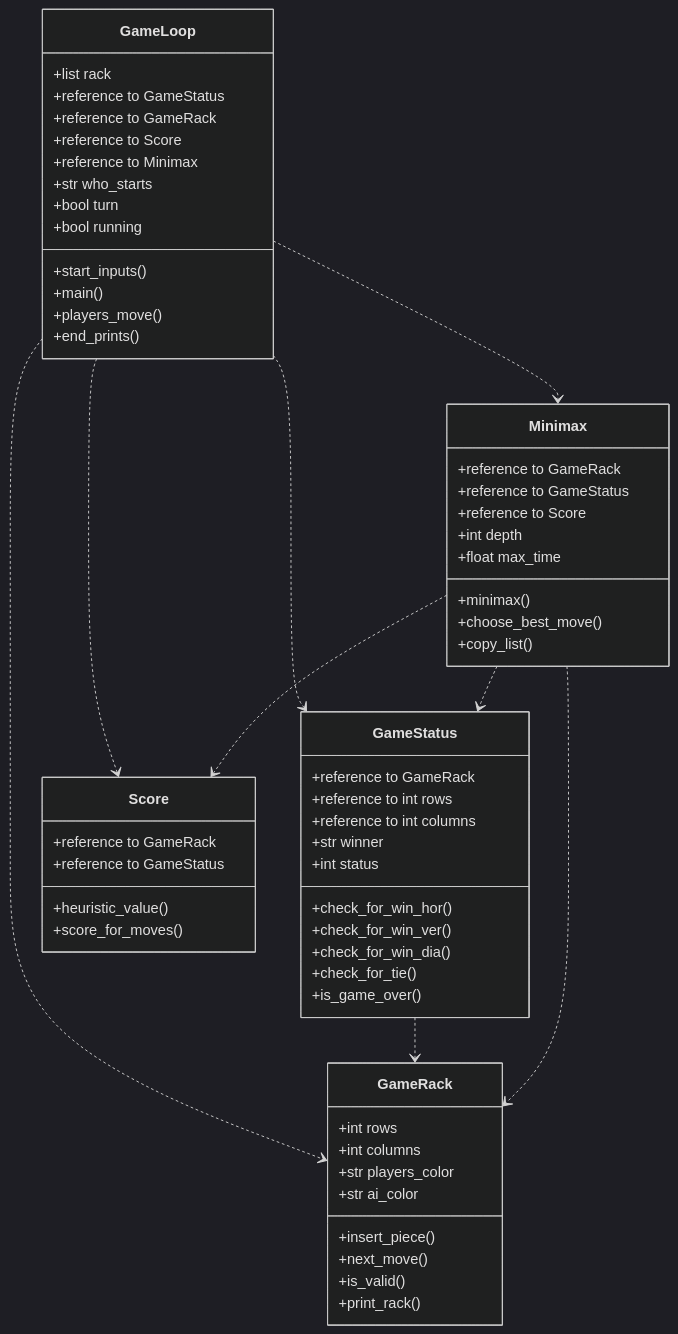
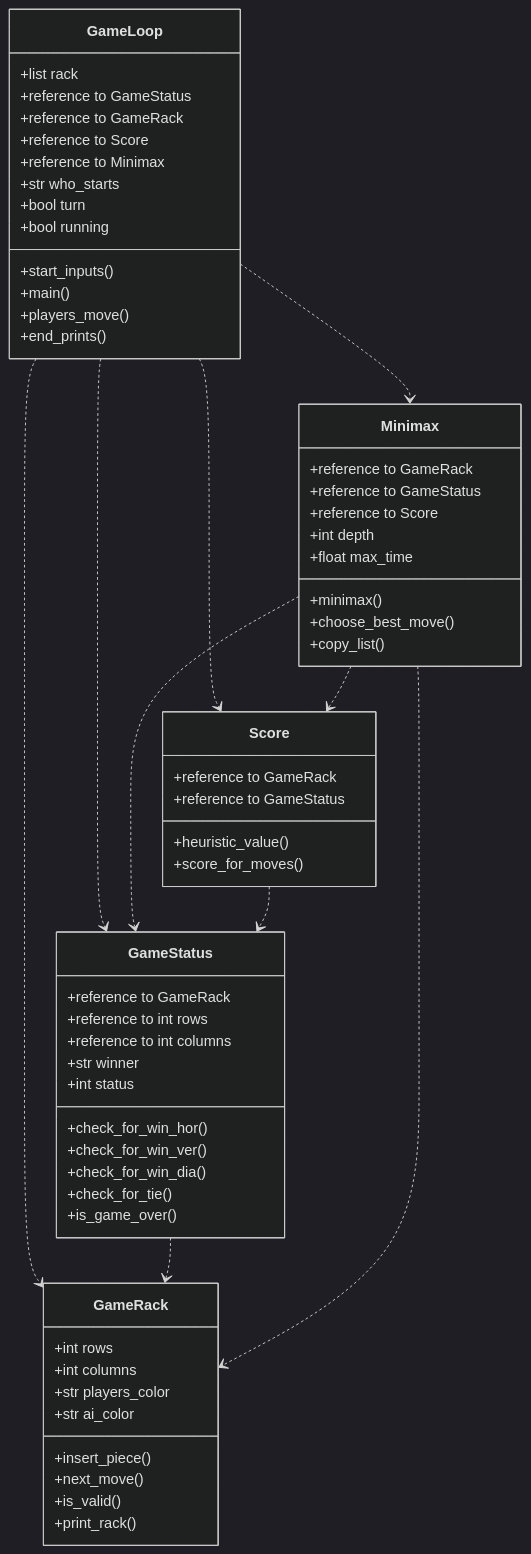
Before and after one commit to lottapispa/Connect-Four-tiralabra: the first of 2 diagrams in documentation/implementation.md, drawn with Mermaid (dark theme).

````diff
--- a/documentation/implementation.md
+++ b/documentation/implementation.md
@@ -5,63 +5,64 @@
 ```mermaid
 classDiagram
     GameLoop ..> GameStatus
     GameLoop ..> GameRack
     GameLoop ..> Minimax
     GameLoop ..> Score
     GameStatus ..> GameRack
     Minimax ..> GameStatus
     Minimax ..> GameRack
     Minimax ..> Score
+    Score ..> GameStatus
     class GameLoop{
         +list rack
         +reference to GameStatus
         +reference to GameRack
         +reference to Score
         +reference to Minimax
         +str who_starts
         +bool turn
         +bool running
         +start_inputs()
         +main()
         +players_move()
         +end_prints()
     }
     class GameStatus{
         +reference to GameRack
         +reference to int rows
         +reference to int columns
         +str winner
         +int status
         +check_for_win_hor()
         +check_for_win_ver()
         +check_for_win_dia()
         +check_for_tie()
         +is_game_over()
     }
     class GameRack{
         +int rows
         +int columns
         +str players_color
         +str ai_color
         +insert_piece()
         +next_move()
         +is_valid()
         +print_rack()
     }
     class Minimax{
         +reference to GameRack
         +reference to GameStatus
         +reference to Score
         +int depth
         +float max_time
         +minimax()
         +choose_best_move()
         +copy_list()
     }
     class Score{
         +reference to GameRack
         +reference to GameStatus
         +heuristic_value()
         +score_for_moves()
     }
 ```
````
